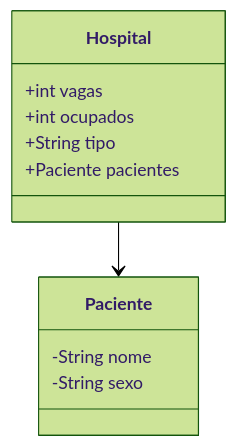
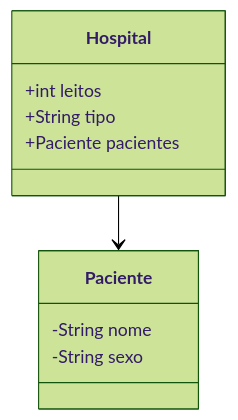
One commit to fabricadeprogramador/T30-COVID-19 changed the diagram in 3-modelagem/digrama-class.md. Above: the diagram before and after it, drawn with Mermaid (forest theme). The commit also changed 3 other files, not shown here.

````diff
--- a/3-modelagem/digrama-class.md
+++ b/3-modelagem/digrama-class.md
@@ -1,15 +1,14 @@
 ```mermaid
 classDiagram
 Hospital --> Paciente
 class Hospital{
-    +int vagas
-    +int ocupados
-    +String tipo  
-    +Paciente pacientes 
+    +int leitos
+    +String tipo
+    +Paciente pacientes
 }
 
 class Paciente{
     -String nome
     -String sexo
 }
 ```
````
